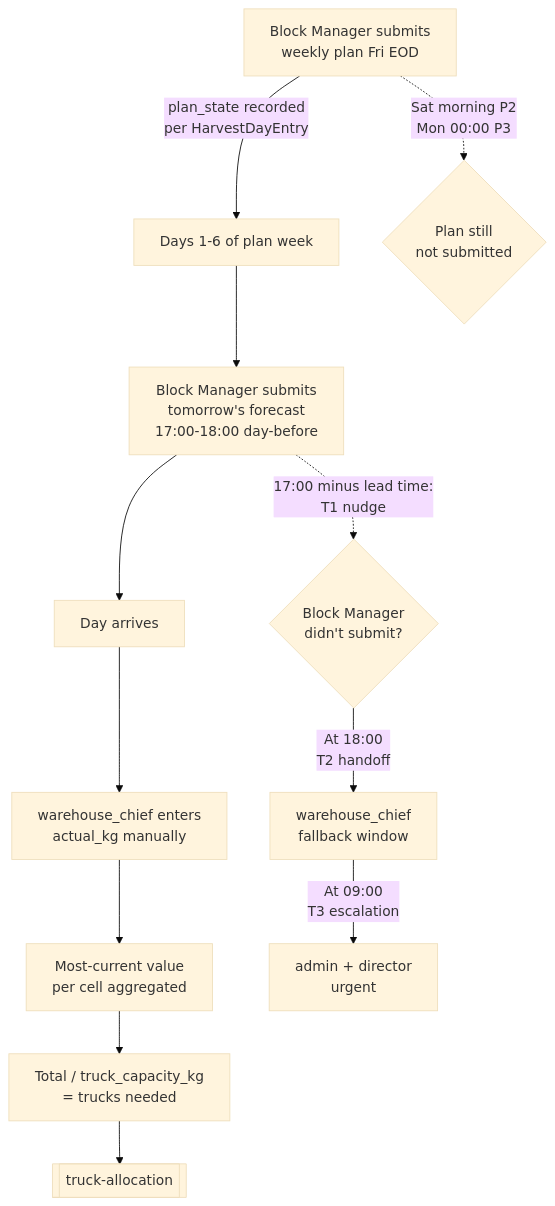
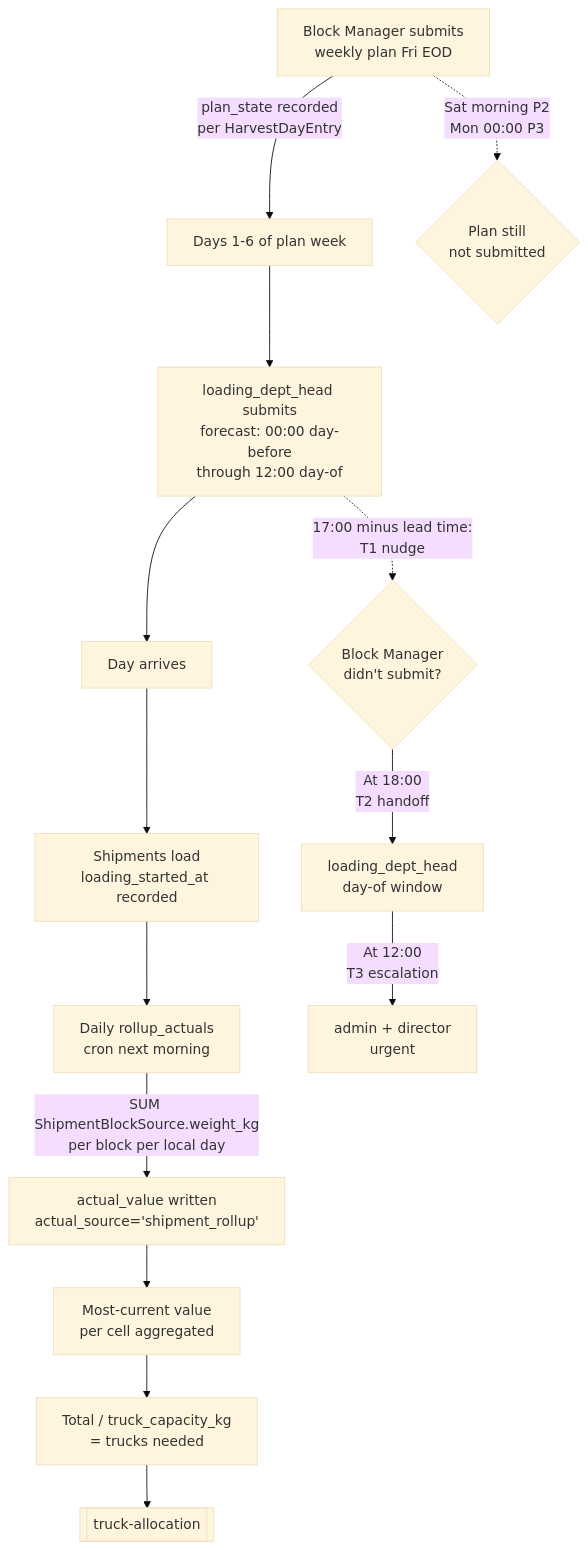
One commit to Jasurbek99/yigit_platform changed the first of 2 diagrams in docs/obsidian/processes/weekly-harvest-planning.md. Above: the diagram before and after it, drawn with Mermaid (base theme). The commit also changed other lines of this file and 7 other files, not shown here.

````diff
--- a/docs/obsidian/processes/weekly-harvest-planning.md
+++ b/docs/obsidian/processes/weekly-harvest-planning.md
@@ -23,16 +23,18 @@
 ```mermaid
 flowchart TD
   PlanW[Block Manager submits<br/>weekly plan Fri EOD] -->|plan_state recorded<br/>per HarvestDayEntry| Wait1[Days 1-6 of plan week]
-  Wait1 --> Forecast[Block Manager submits<br/>tomorrow's forecast<br/>17:00-18:00 day-before]
+  Wait1 --> Forecast[loading_dept_head submits<br/>forecast: 00:00 day-before<br/>through 12:00 day-of]
   Forecast --> Today[Day arrives]
-  Today --> Actual[warehouse_chief enters<br/>actual_kg manually]
+  Today --> Loading[Shipments load<br/>loading_started_at recorded]
+  Loading --> Rollup[Daily rollup_actuals<br/>cron next morning]
+  Rollup -->|SUM ShipmentBlockSource.weight_kg<br/>per block per local day| Actual[actual_value written<br/>actual_source='shipment_rollup']
   Actual --> Estim[Most-current value<br/>per cell aggregated]
   Estim --> Trucks[Total / truck_capacity_kg<br/>= trucks needed]
   Trucks --> TA[[truck-allocation]]
 
   Forecast -.->|17:00 minus lead time:<br/>T1 nudge| BMNotif{Block Manager<br/>didn't submit?}
-  BMNotif -->|At 18:00<br/>T2 handoff| WC[warehouse_chief<br/>fallback window]
-  WC -->|At 09:00<br/>T3 escalation| Esc[admin + director<br/>urgent]
+  BMNotif -->|At 18:00<br/>T2 handoff| LDH[loading_dept_head<br/>day-of window]
+  LDH -->|At 12:00<br/>T3 escalation| Esc[admin + director<br/>urgent]
 
   PlanW -.->|Sat morning P2<br/>Mon 00:00 P3| Late{Plan still<br/>not submitted}
 ```
````
